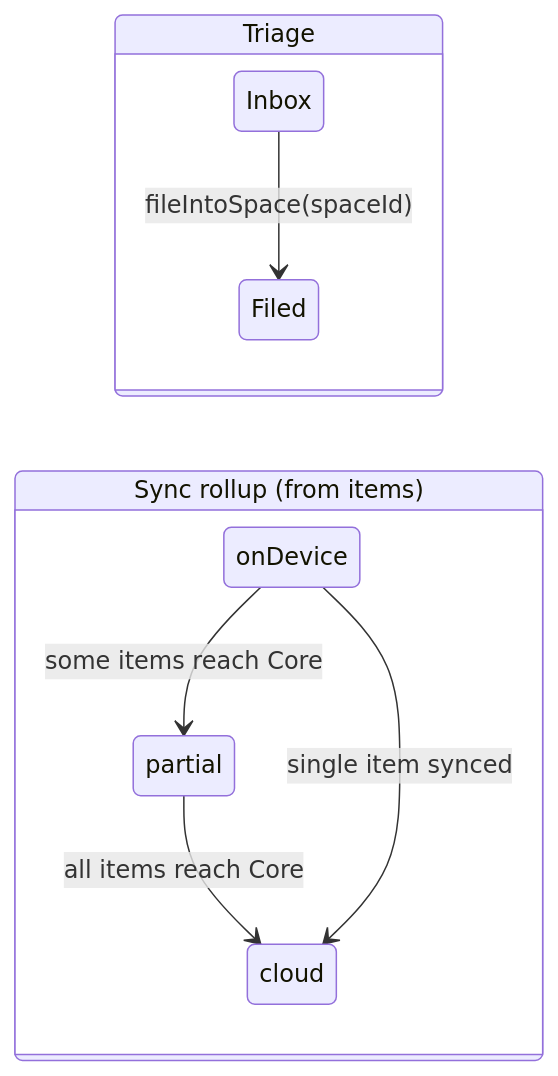
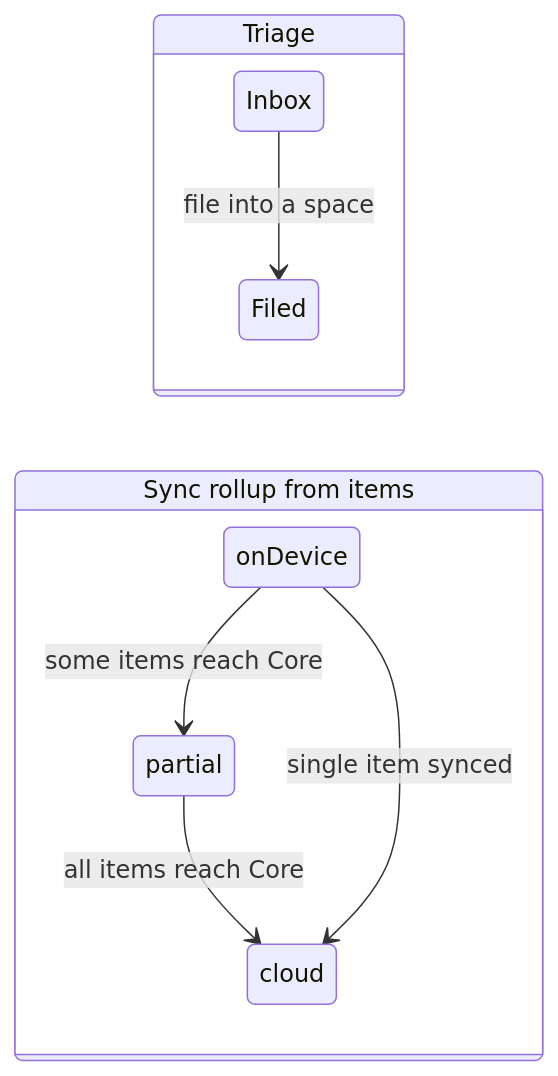
Before and after one commit to matome-org/matome-app: the first of 2 diagrams in .docs/matome-lifecycle.md, drawn with Mermaid. The commit also changed other lines of this file and 1 other file, not shown here.

First line of the commit message:
docs: fix mermaid diagrams that failed to render

````diff
--- a/.docs/matome-lifecycle.md
+++ b/.docs/matome-lifecycle.md
@@ -26,12 +26,12 @@
 ```mermaid
 stateDiagram-v2
   direction LR
   state "Triage" as T {
-    Inbox --> Filed: fileIntoSpace(spaceId)
+    Inbox --> Filed: file into a space
   }
-  state "Sync rollup (from items)" as S {
+  state "Sync rollup from items" as S {
     onDevice --> partial: some items reach Core
     partial --> cloud: all items reach Core
     onDevice --> cloud: single item synced
   }
 ```
````
